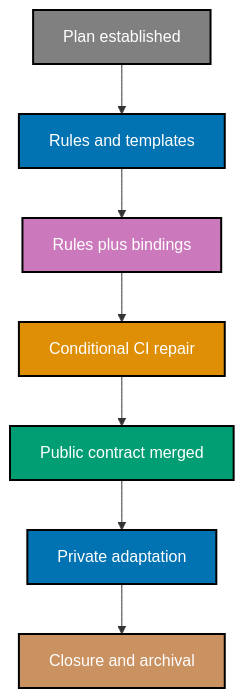
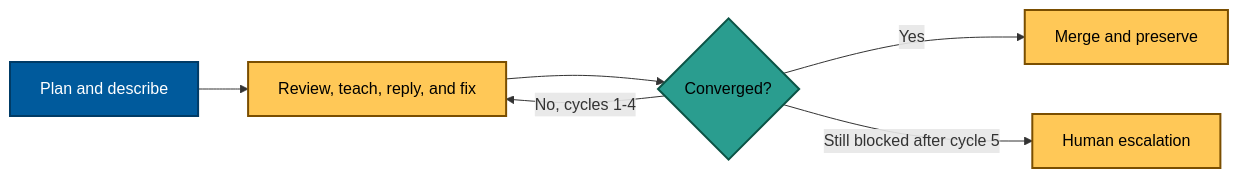
The diagram in plans/in-progress/optimize-pr-process/tech-docs.md (wahidyankf/open-sharia-fintech), drawn with Mermaid before and after one commit. The commit also changed other lines of this file and 19 other files, not shown here.

````diff
--- a/plans/in-progress/optimize-pr-process/tech-docs.md
+++ b/plans/in-progress/optimize-pr-process/tech-docs.md
@@ -414,21 +11,14 @@
 ```mermaid
-%% Color Palette: Blue #0173B2, Orange #DE8F05, Teal #029E73, Purple #CC78BC, Brown #CA9161, Gray #808080
-%% Labels and order carry meaning without color; the diagram is top-down for mobile readers.
-flowchart TD
-    P["Plan established"]:::gray
-    R["Rules and templates"]:::blue
-    B["Rules plus bindings"]:::purple
-    C["Conditional CI repair"]:::orange
-    M["Public contract merged"]:::teal
-    Q["Private adaptation"]:::blue
-    F["Closure and archival"]:::brown
-
-    P --> R --> B --> C --> M --> Q --> F
-
-    classDef blue fill:#0173B2,stroke:#000000,color:#FFFFFF,stroke-width:2px
-    classDef orange fill:#DE8F05,stroke:#000000,color:#FFFFFF,stroke-width:2px
-    classDef teal fill:#029E73,stroke:#000000,color:#FFFFFF,stroke-width:2px
-    classDef purple fill:#CC78BC,stroke:#000000,color:#FFFFFF,stroke-width:2px
-    classDef brown fill:#CA9161,stroke:#000000,color:#FFFFFF,stroke-width:2px
-    classDef gray fill:#808080,stroke:#000000,color:#FFFFFF,stroke-width:2px
+flowchart LR
+    P[Plan and describe] --> R[Review, teach, reply, and fix]
+    R --> G{Converged?}
+    G -->|Yes| M[Merge and preserve]
+    G -->|No, cycles 1-4| R
+    G -->|Still blocked after cycle 5| H[Human escalation]
+    classDef source fill:#005A9C,color:#FFFFFF,stroke:#003B66,stroke-width:2px
+    classDef step fill:#FFC857,color:#000000,stroke:#7A4E00,stroke-width:2px
+    classDef decision fill:#2A9D8F,color:#000000,stroke:#0B5345,stroke-width:2px
+    class P source
+    class R,M,H step
+    class G decision
 ```
````
